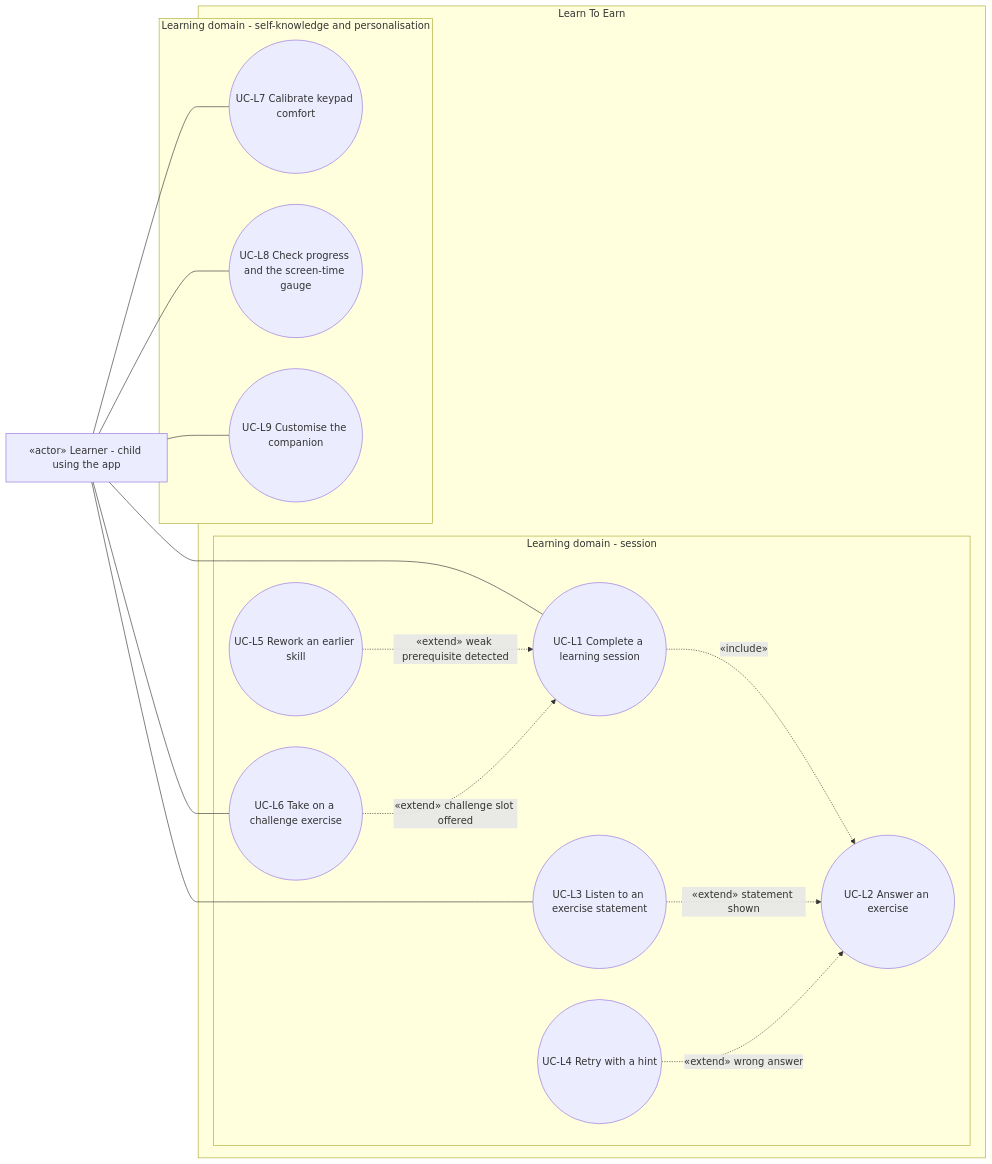
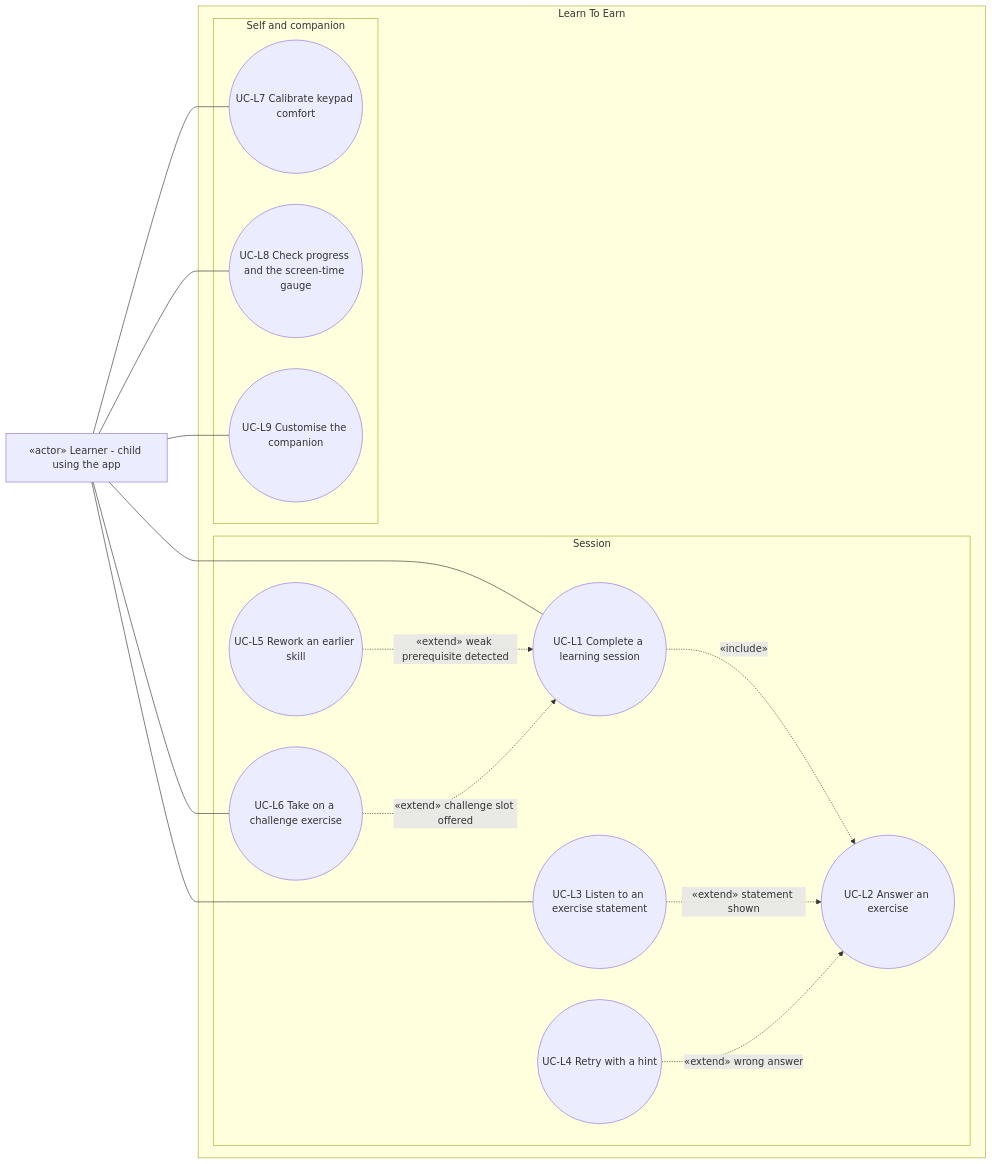
One commit to benoit-bremaud/learn-to-earn changed the diagram in docs/architecture/diagrams/learning/01-use-case.md. Above: the diagram before and after it, drawn with Mermaid. The commit also changed 3 other files, not shown here.

Commit message:
docs(architecture): shorten subgraph titles after visual render check

````diff
--- a/docs/architecture/diagrams/learning/01-use-case.md
+++ b/docs/architecture/diagrams/learning/01-use-case.md
@@ -14,30 +14,30 @@
 ```mermaid
 flowchart LR
   Learner["«actor» Learner - child using the app"]
   subgraph SYSTEM ["Learn To Earn"]
-    subgraph Session ["Learning domain - session"]
+    subgraph Session ["Session"]
       L1(("UC-L1 Complete a learning session"))
       L2(("UC-L2 Answer an exercise"))
       L3(("UC-L3 Listen to an exercise statement"))
       L4(("UC-L4 Retry with a hint"))
       L5(("UC-L5 Rework an earlier skill"))
       L6(("UC-L6 Take on a challenge exercise"))
     end
-    subgraph Self ["Learning domain - self-knowledge and personalisation"]
+    subgraph Self ["Self and companion"]
       L7(("UC-L7 Calibrate keypad comfort"))
       L8(("UC-L8 Check progress and the screen-time gauge"))
       L9(("UC-L9 Customise the companion"))
     end
   end
   Learner --- L1
   Learner --- L3
   Learner --- L6
   Learner --- L7
   Learner --- L8
   Learner --- L9
   L1 -.->|"«include»"| L2
   L3 -.->|"«extend» statement shown"| L2
   L4 -.->|"«extend» wrong answer"| L2
   L5 -.->|"«extend» weak prerequisite detected"| L1
   L6 -.->|"«extend» challenge slot offered"| L1
 ```
````
